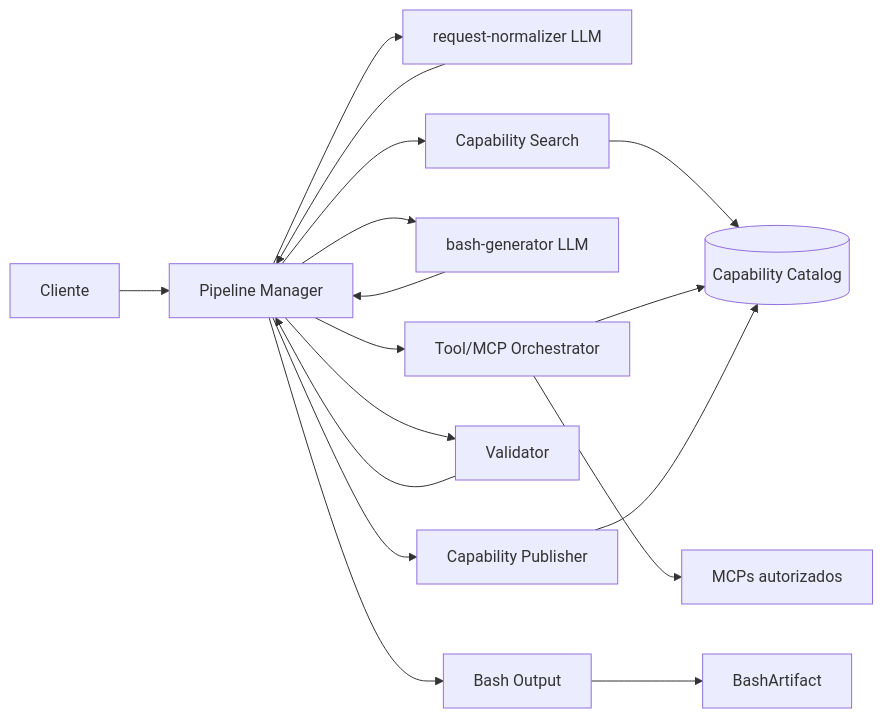
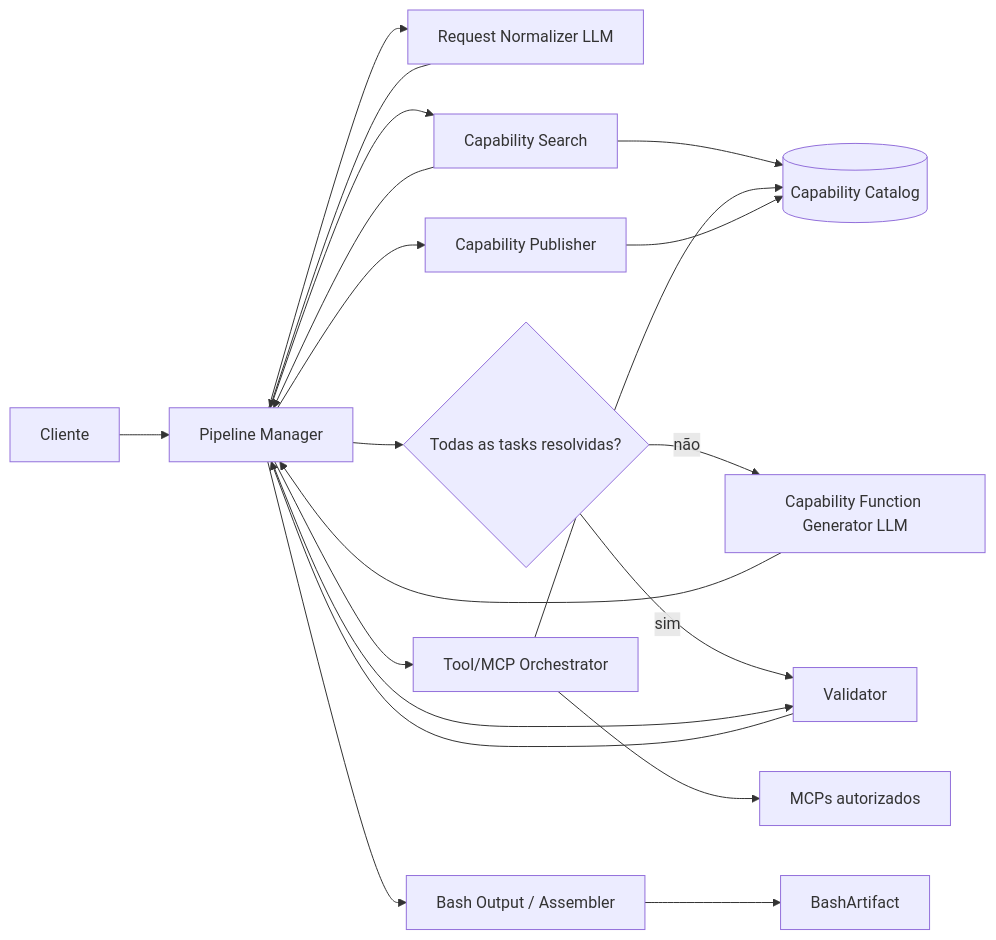
One commit to ahhvahh/ai-bash-generator changed the diagram in docs/desenho/pipeline-geracao.md. Above: the diagram before and after it, drawn with Mermaid. The commit also changed other lines of this file, not shown here.

````diff
--- a/docs/desenho/pipeline-geracao.md
+++ b/docs/desenho/pipeline-geracao.md
@@ -26,19 +28,27 @@
 ```mermaid
 flowchart LR
     C[Cliente] --> P[Pipeline Manager]
-    P --> N[request-normalizer LLM]
+    P --> N[Request Normalizer LLM]
     N --> P
+
     P --> S[Capability Search]
     S --> DB[(Capability Catalog)]
-    P --> G[bash-generator LLM]
+    S --> P
+
+    P --> R{Todas as tasks resolvidas?}
+    R -->|não| G[Capability Function Generator LLM]
     G --> P
     P --> T[Tool/MCP Orchestrator]
     T --> DB
     T --> M[MCPs autorizados]
-    P --> V[Validator]
+
+    R -->|sim| V[Validator]
+    P --> V
     V --> P
+
+    P --> O[Bash Output / Assembler]
+    O --> A[BashArtifact]
+
     P --> PUB[Capability Publisher]
     PUB --> DB
-    P --> O[Bash Output]
-    O --> A[BashArtifact]
 ```
````
